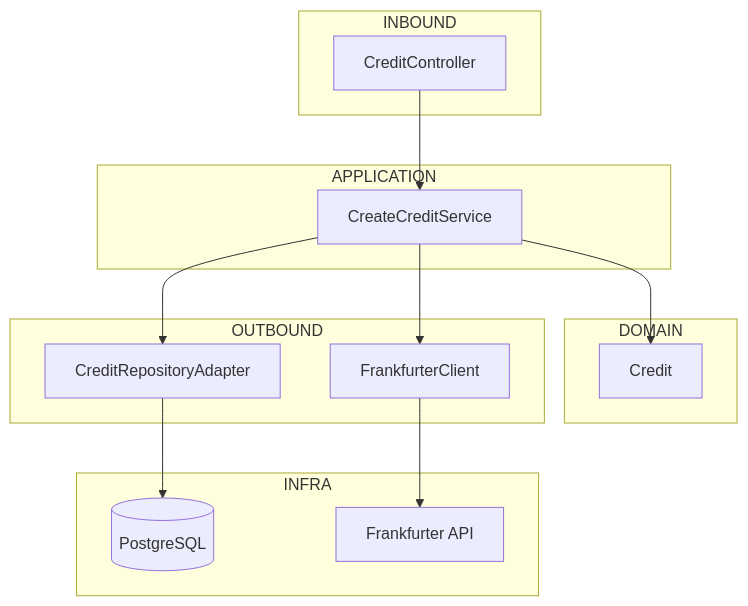
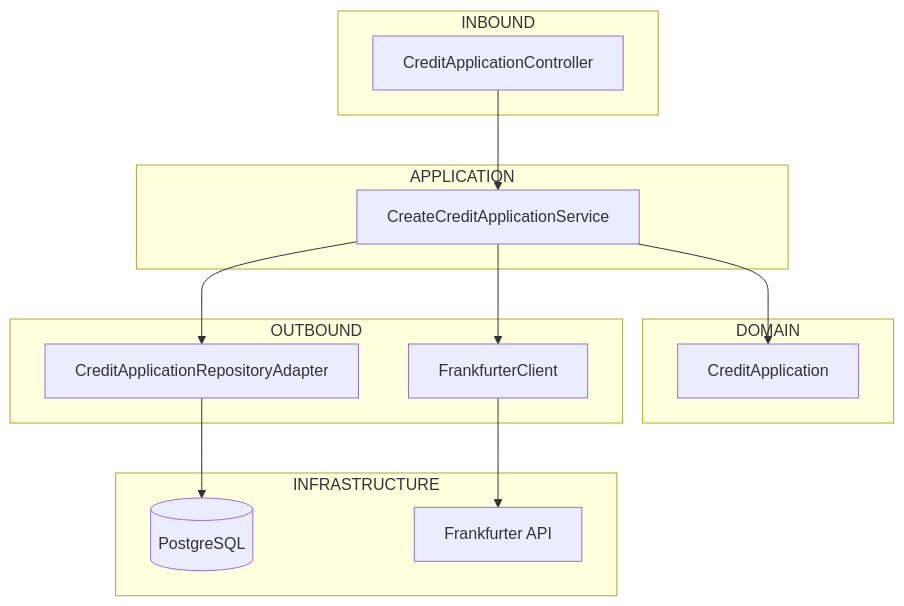
The diagram in README.md (giogemiminiano/CreditApplication), drawn with Mermaid before and after one commit. The commit also changed other lines of this file, not shown here.

````diff
--- a/README.md
+++ b/README.md
@@ -37,32 +62,32 @@
 ```mermaid
 flowchart TD
 
 subgraph INBOUND
-A[CreditController]
+A[CreditApplicationController]
 end
 
 subgraph APPLICATION
-B[CreateCreditService]
+B[CreateCreditApplicationService]
 end
 
 subgraph DOMAIN
-C[Credit]
+C[CreditApplication]
 end
 
 subgraph OUTBOUND
-D[CreditRepositoryAdapter]
+D[CreditApplicationRepositoryAdapter]
 E[FrankfurterClient]
 end
 
-subgraph INFRA
+subgraph INFRASTRUCTURE
 F[(PostgreSQL)]
 G[Frankfurter API]
 end
 
 A --> B
 B --> C
 B --> D
 D --> F
 B --> E
 E --> G
 ```
````
